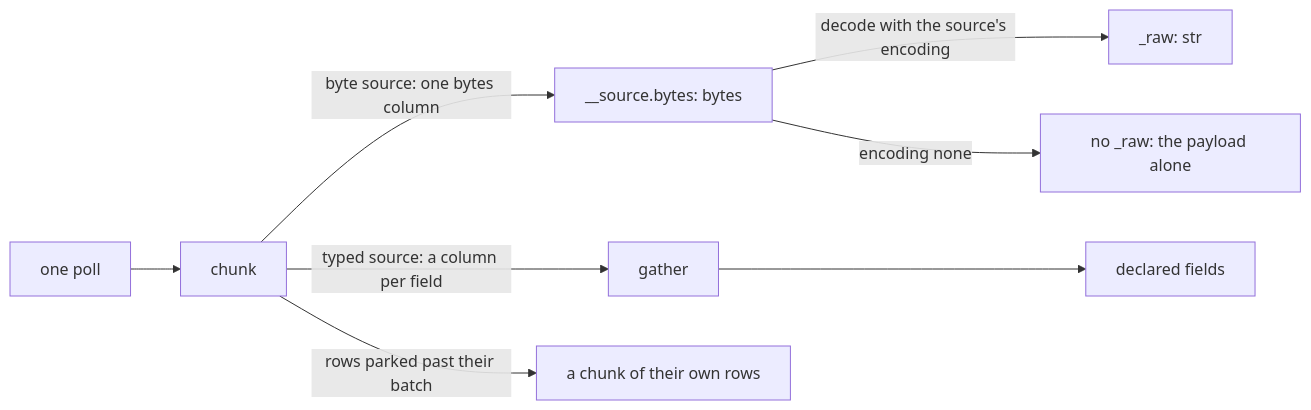
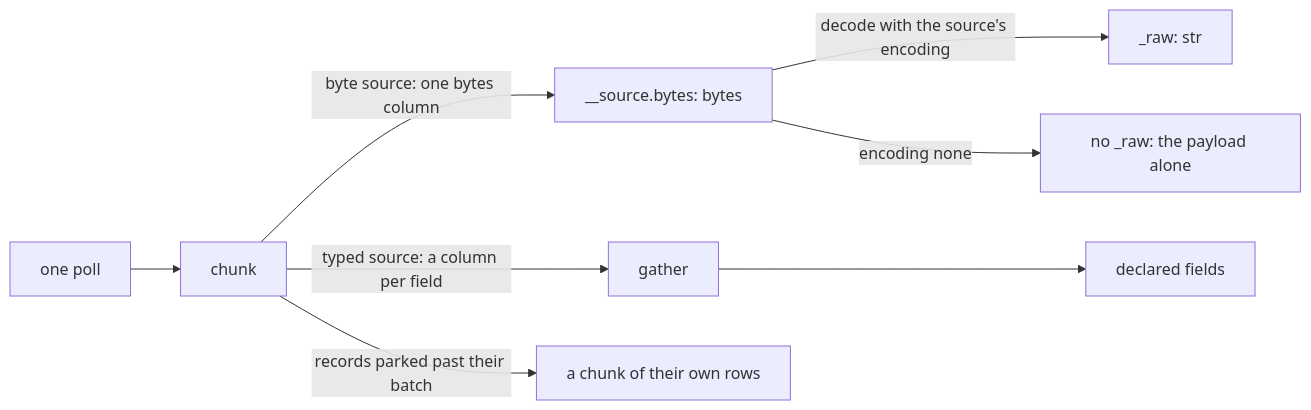
One commit to smeltr-sh/smeltr changed the second of 2 diagrams in docs/architecture/columnar-data-model.md. Above: the diagram before and after it, drawn with Mermaid. The commit also changed other lines of this file, not shown here.

````diff
--- a/docs/architecture/columnar-data-model.md
+++ b/docs/architecture/columnar-data-model.md
@@ -144,9 +144,9 @@
 ```mermaid
 flowchart LR
   poll["one poll"] --> chunk["chunk"]
   chunk -->|"byte source: one bytes column"| bytes["__source.bytes: bytes"]
   bytes -->|"decode with the source's encoding"| raw["_raw: str"]
   bytes -->|"encoding none"| alone["no _raw: the payload alone"]
   chunk -->|"typed source: a column per field"| gather["gather"] --> fields["declared fields"]
-  chunk -->|"rows parked past their batch"| own["a chunk of their own rows"]
+  chunk -->|"records parked past their batch"| own["a chunk of their own rows"]
 ```
````
